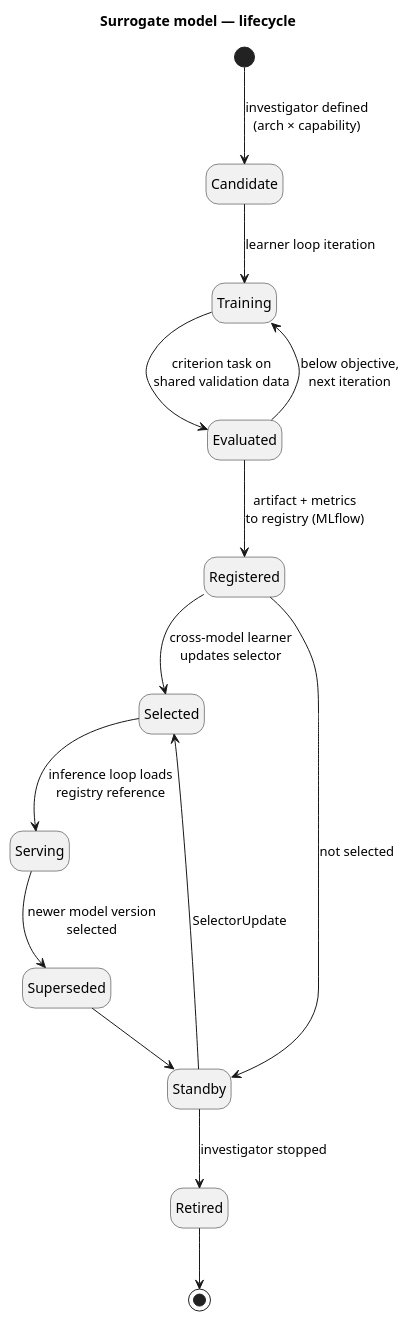
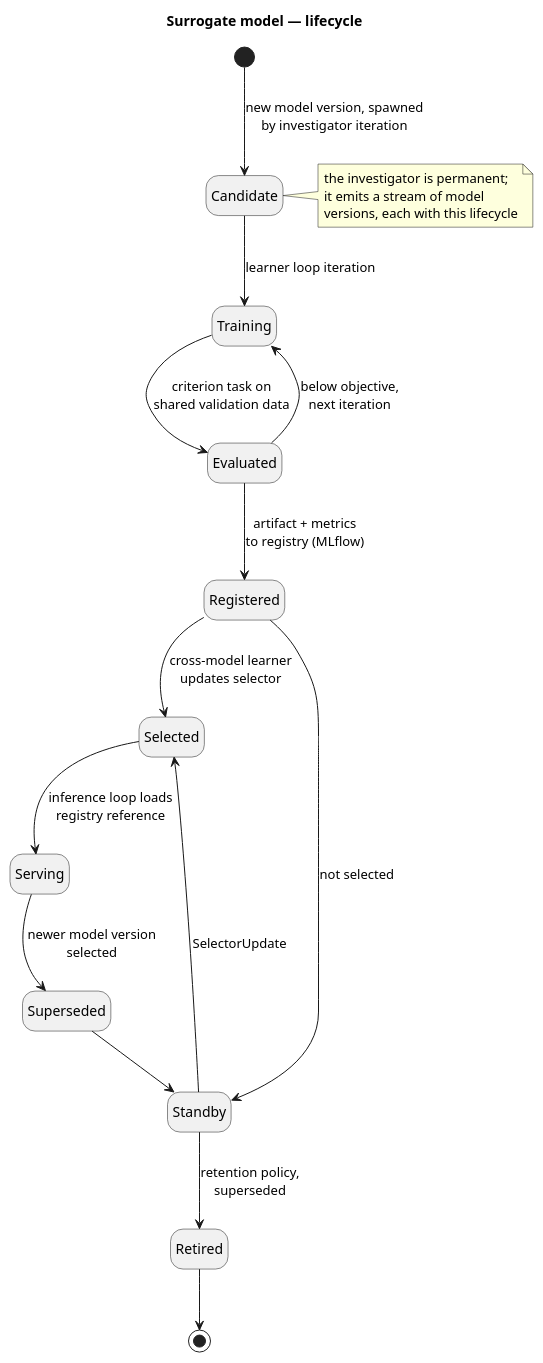
The diagram in architecture/diagrams/lifecycle-model.puml (radical-collaboration/amsc), drawn with PlantUML before and after one commit. The commit also changed 5 other files, not shown here.

First line of the commit message:
DT architecture: feedback round 2 + presentation

```diff
--- a/architecture/diagrams/lifecycle-model.puml
+++ b/architecture/diagrams/lifecycle-model.puml
@@ -1,18 +1,24 @@
 @startuml lifecycle-model
 title Surrogate model — lifecycle
 hide empty description
 
-[*] --> Candidate : investigator defined\n(arch × capability)
+[*] --> Candidate : new model version, spawned\nby investigator iteration
 Candidate --> Training : learner loop iteration
 Training --> Evaluated : criterion task on\nshared validation data
 Evaluated --> Training : below objective,\nnext iteration
 Evaluated --> Registered : artifact + metrics\nto registry (MLflow)
 Registered --> Selected : cross-model learner\nupdates selector
 Registered --> Standby : not selected
 Standby --> Selected : SelectorUpdate
 Selected --> Serving : inference loop loads\nregistry reference
 Serving --> Superseded : newer model version\nselected
 Superseded --> Standby
-Standby --> Retired : investigator stopped
+Standby --> Retired : retention policy,\nsuperseded
 Retired --> [*]
+
+note right of Candidate
+  the investigator is permanent;
+  it emits a stream of model
+  versions, each with this lifecycle
+end note
 @enduml
```
